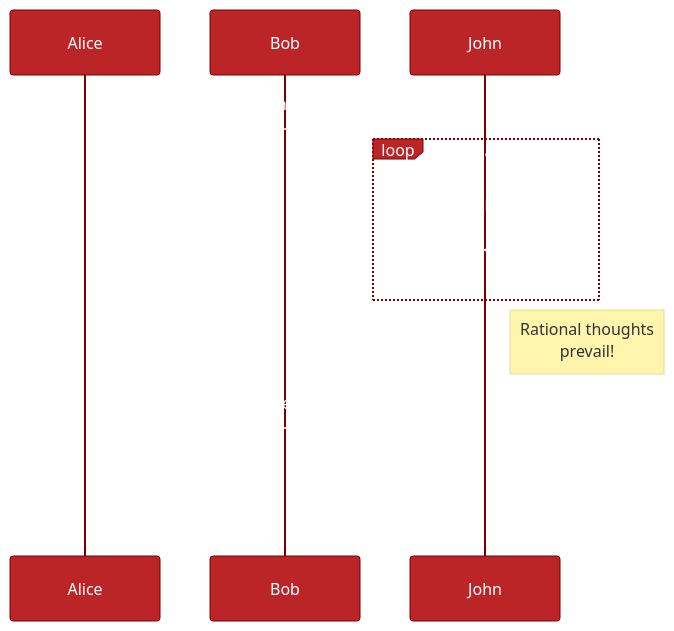
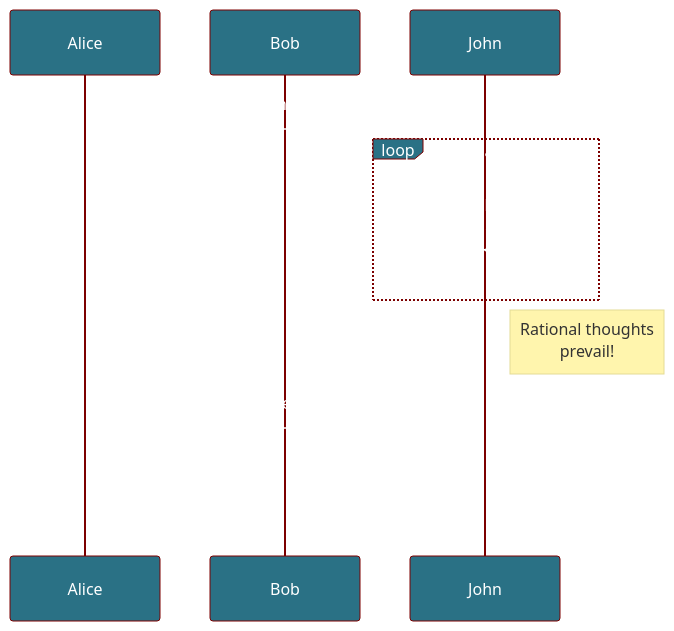
One commit to mermaid-maker/next-sample-app changed the diagram in public/diagram2.mmd. Above: the diagram before and after it, drawn with Mermaid. The commit also changed 1 other file, not shown here.

Commit message:
test: test out caching with changed mermaid file

```diff
--- a/public/diagram2.mmd
+++ b/public/diagram2.mmd
@@ -1,23 +1,23 @@
 ---
 config: 
     theme: 'base'
     themeVariables:
-        primaryColor: '#BB2528'
+        primaryColor: '#2a7185'
         primaryTextColor: '#fff'
         primaryBorderColor: '#7C0000'
         lineColor: '#F8B229'
         secondaryColor: '#006100'
         tertiaryColor: '#fff'
 ---
 
 sequenceDiagram
     participant Alice
     participant Bob
     Alice->>John: Hello John, how are you?
     loop HealthCheck
         John->>John: Fight against hypochondria
     end
     Note right of John: Rational thoughts <br/>prevail!
     John-->>Alice: Great!
     John->>Bob: How about you?
     Bob-->>John: Jolly good!
```
